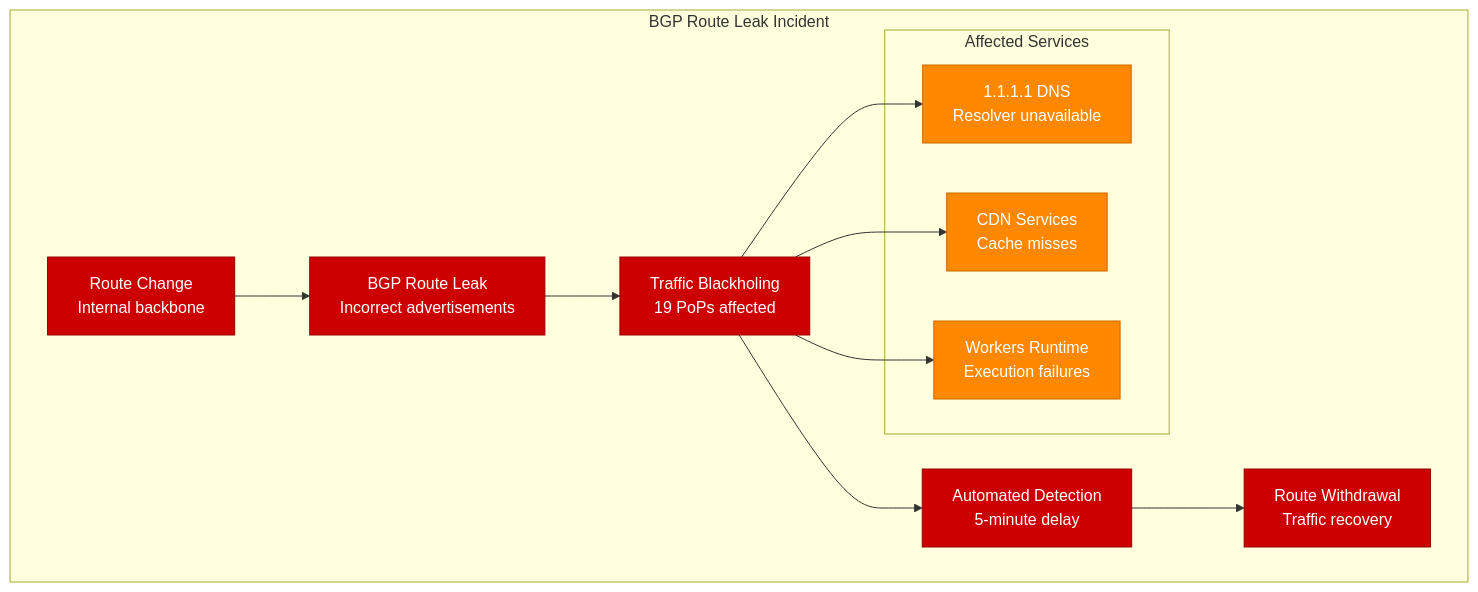
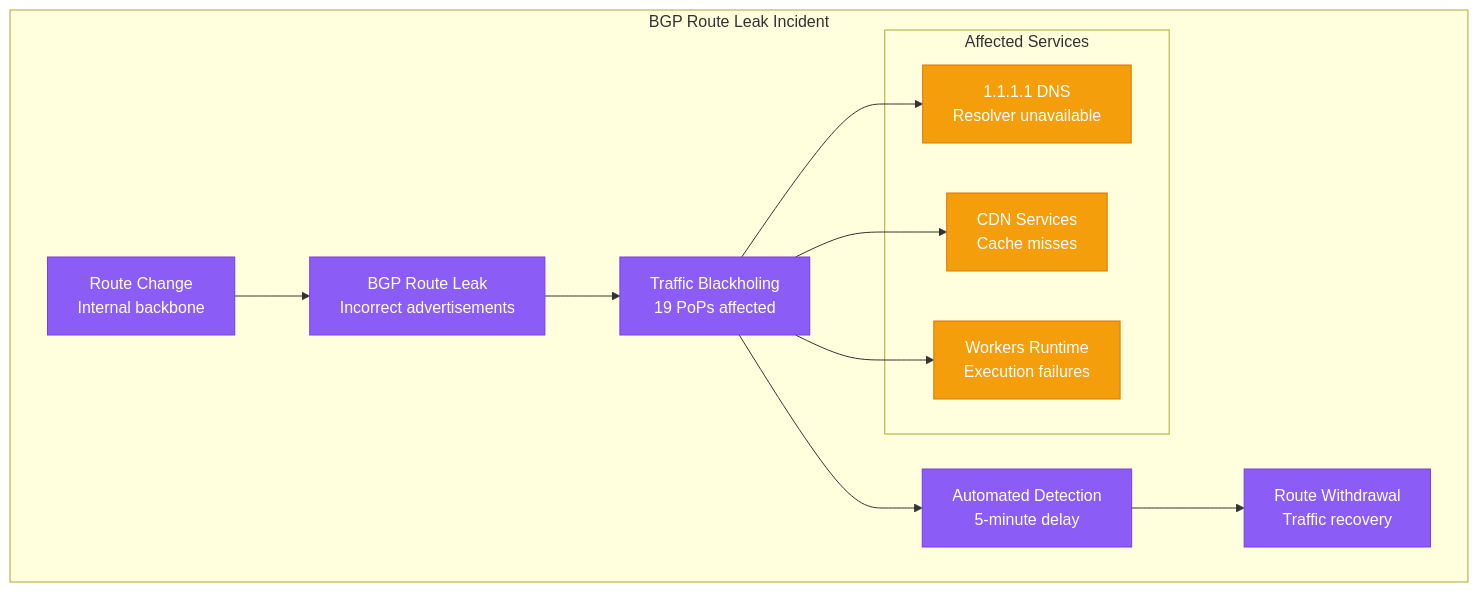
The third of 8 diagrams in site/docs/systems/cloudflare/failure-domains.md (deepaucksharma/DS), drawn with Mermaid before and after one commit. The commit also changed other lines of this file and 303 other files, not shown here.

````diff
--- a/site/docs/systems/cloudflare/failure-domains.md
+++ b/site/docs/systems/cloudflare/failure-domains.md
@@ -112,26 +112,26 @@
 ```mermaid
 graph TB
     subgraph "BGP Route Leak Incident"
         CHANGE[Route Change<br/>Internal backbone] --> LEAK[BGP Route Leak<br/>Incorrect advertisements]
         LEAK --> BLACKHOLE[Traffic Blackholing<br/>19 PoPs affected]
         BLACKHOLE --> DETECTION[Automated Detection<br/>5-minute delay]
         DETECTION --> MITIGATION[Route Withdrawal<br/>Traffic recovery]
 
         subgraph "Affected Services"
             DNS_IMPACT[1.1.1.1 DNS<br/>Resolver unavailable]
             CDN_IMPACT[CDN Services<br/>Cache misses]
             WORKERS_IMPACT[Workers Runtime<br/>Execution failures]
         end
 
         BLACKHOLE --> DNS_IMPACT
         BLACKHOLE --> CDN_IMPACT
         BLACKHOLE --> WORKERS_IMPACT
     end
 
     %% Apply colors
-    classDef incidentStyle fill:#CC0000,stroke:#990000,color:#fff
-    classDef serviceStyle fill:#FF8800,stroke:#CC6600,color:#fff
+    classDef incidentStyle fill:#8B5CF6,stroke:#7C3AED,color:#fff
+    classDef serviceStyle fill:#F59E0B,stroke:#D97706,color:#fff
 
     class CHANGE,LEAK,BLACKHOLE,DETECTION,MITIGATION incidentStyle
     class DNS_IMPACT,CDN_IMPACT,WORKERS_IMPACT serviceStyle
 ```
````
